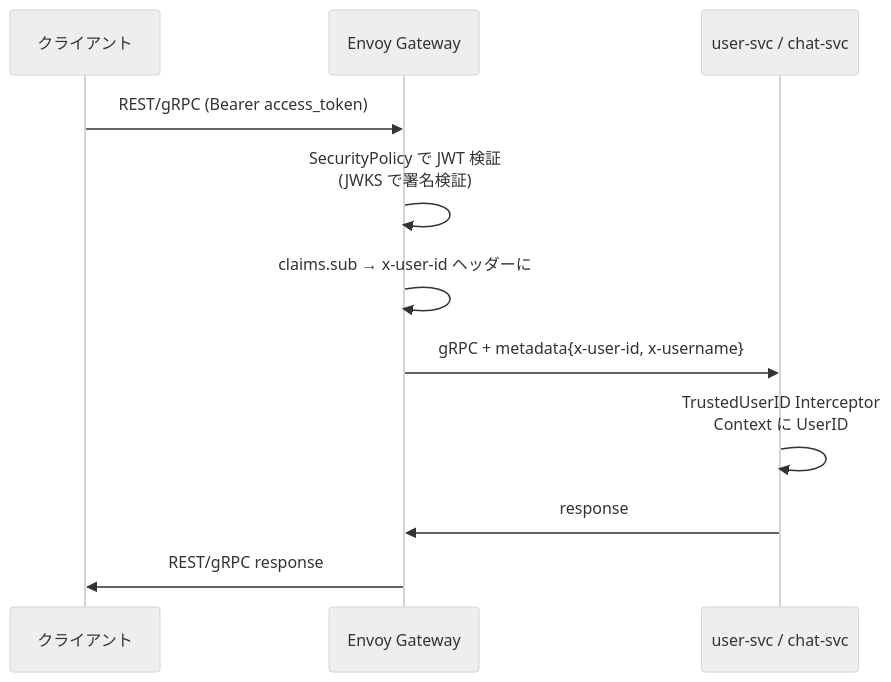
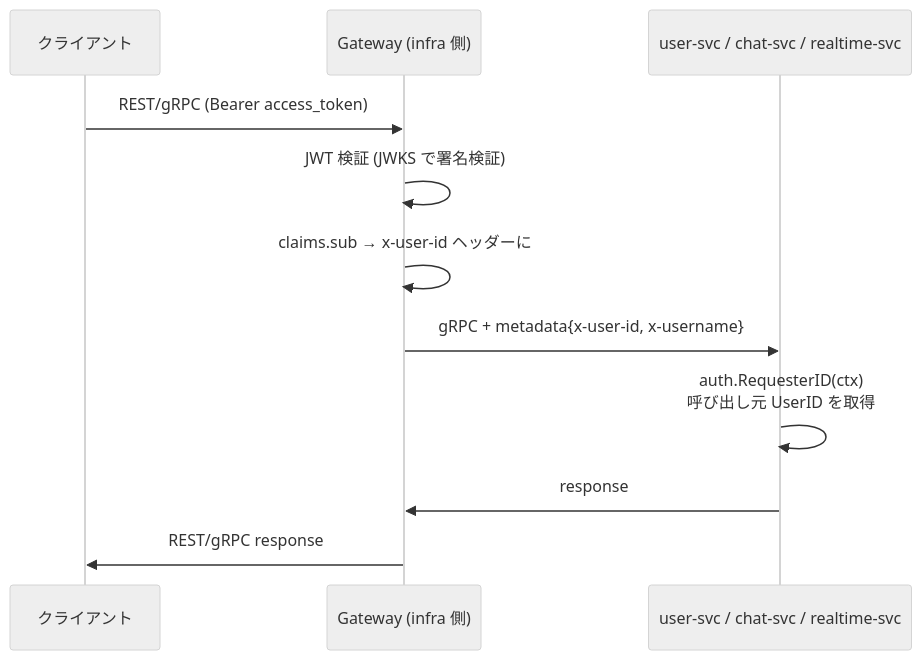
Before and after one commit to shunto-ishiguro/go-microservices-chat: the third of 4 diagrams in docs/architecture/microservices.md, drawn with Mermaid (neutral theme). The commit also changed other lines of this file and 3 other files, not shown here.

First line of the commit message:
docs(architecture): app/infra 分離 + JWT 検証集約を反映

````diff
--- a/docs/architecture/microservices.md
+++ b/docs/architecture/microservices.md
@@ -181,14 +164,14 @@
 ```mermaid
 sequenceDiagram
     participant C as クライアント
-    participant EG as Envoy Gateway
-    participant Svc as user-svc / chat-svc
+    participant GW as Gateway (infra 側)
+    participant Svc as user-svc / chat-svc / realtime-svc
 
-    C->>EG: REST/gRPC (Bearer access_token)
-    EG->>EG: SecurityPolicy で JWT 検証<br/>(JWKS で署名検証)
-    EG->>EG: claims.sub → x-user-id ヘッダーに
-    EG->>Svc: gRPC + metadata{x-user-id, x-username}
-    Svc->>Svc: TrustedUserID Interceptor<br/>Context に UserID
-    Svc->>EG: response
-    EG->>C: REST/gRPC response
+    C->>GW: REST/gRPC (Bearer access_token)
+    GW->>GW: JWT 検証 (JWKS で署名検証)
+    GW->>GW: claims.sub → x-user-id ヘッダーに
+    GW->>Svc: gRPC + metadata{x-user-id, x-username}
+    Svc->>Svc: auth.RequesterID(ctx)<br/>呼び出し元 UserID を取得
+    Svc->>GW: response
+    GW->>C: REST/gRPC response
 ```
````
